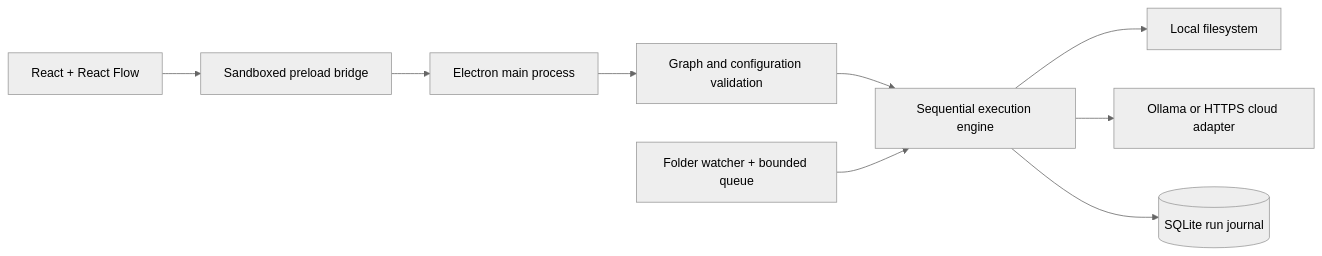
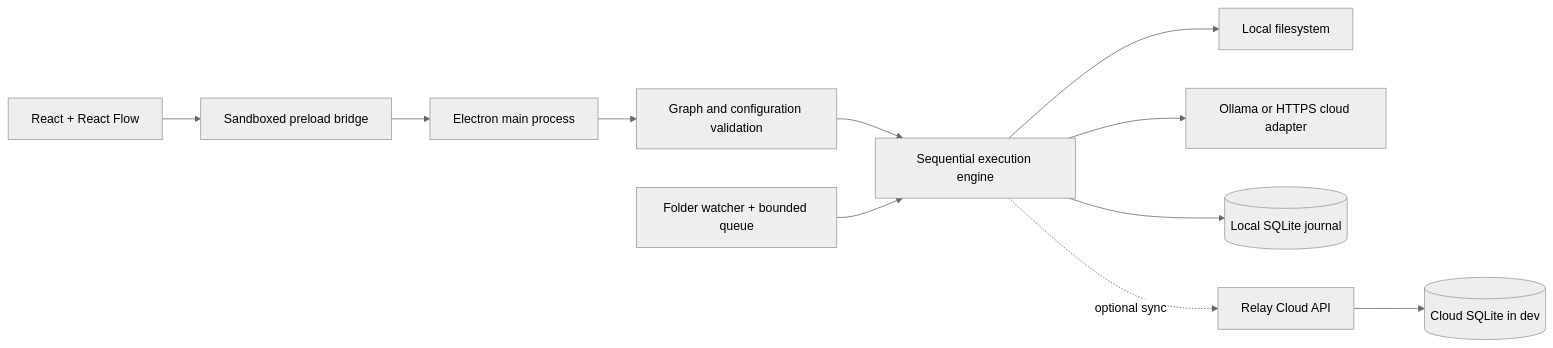
One commit to Yaqoubj/Relay-Studio changed the diagram in docs/architecture.md. Above: the diagram before and after it, drawn with Mermaid (neutral theme). The commit also changed other lines of this file and 11 other files, not shown here.

Commit message:
Add Relay Cloud backend and desktop sync client

````diff
--- a/docs/architecture.md
+++ b/docs/architecture.md
@@ -7,11 +7,13 @@
 ```mermaid
 flowchart LR
   UI[React + React Flow] --> Bridge[Sandboxed preload bridge]
   Bridge --> Main[Electron main process]
   Main --> Validate[Graph and configuration validation]
   Validate --> Engine[Sequential execution engine]
   Engine --> Files[Local filesystem]
   Engine --> AI[Ollama or HTTPS cloud adapter]
-  Engine --> DB[(SQLite run journal)]
+  Engine --> DB[(Local SQLite journal)]
   Watch[Folder watcher + bounded queue] --> Engine
+  Engine -. optional sync .-> API[Relay Cloud API]
+  API --> CloudDB[(Cloud SQLite in dev)]
 ```
````
